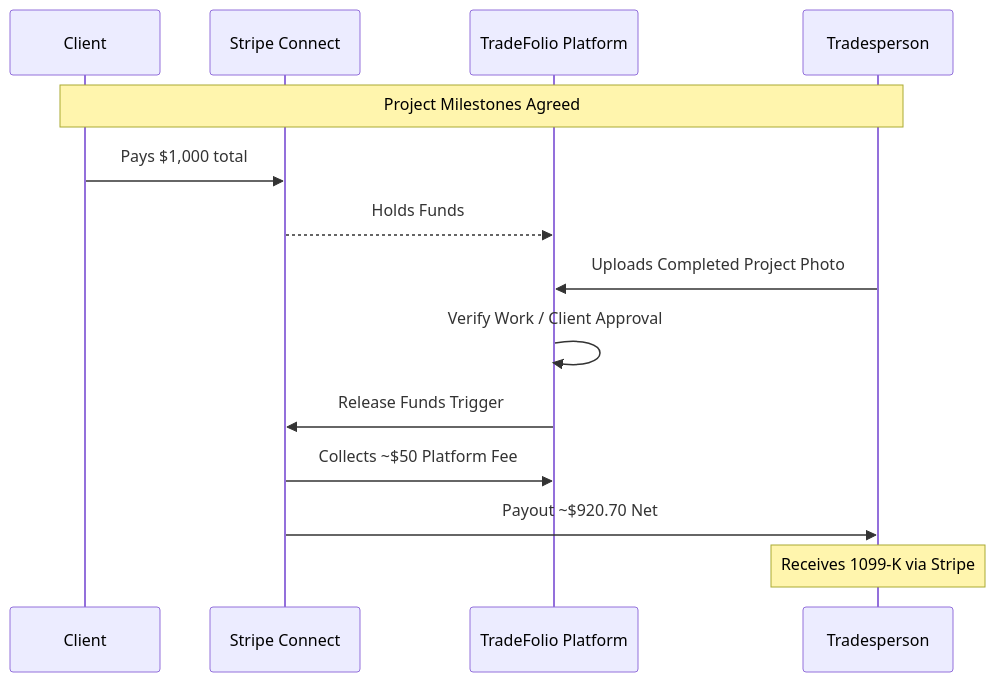
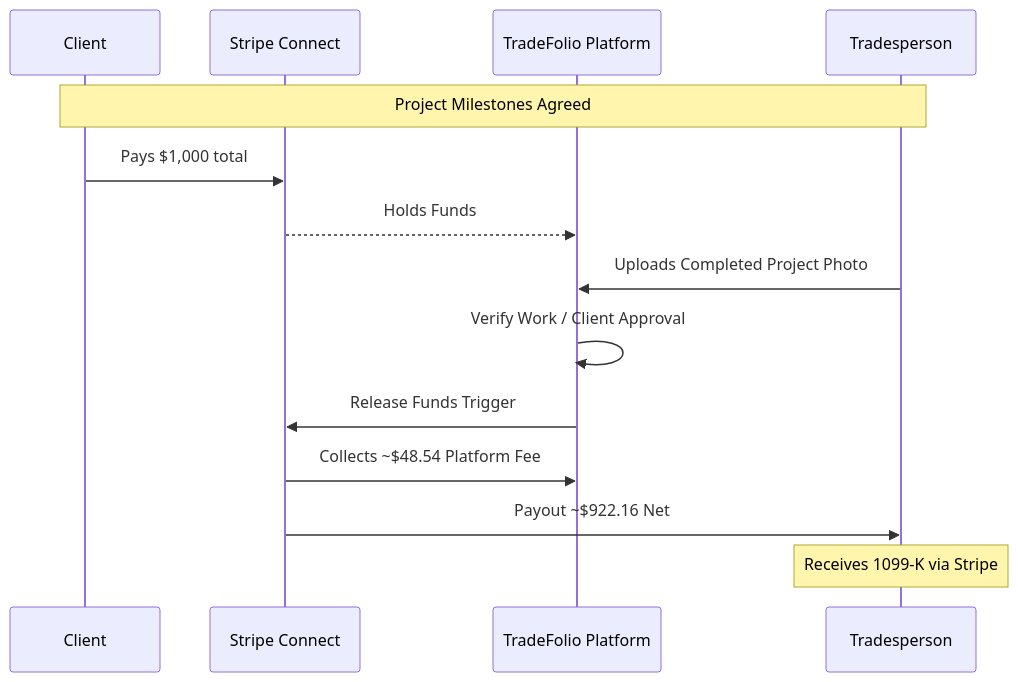
The second of 2 diagrams in docs/business/business-strategy.md (davidlwilson2021/TradeFolio-beta-app), drawn with Mermaid before and after one commit. The commit also changed 7 other files, not shown here.

````diff
--- a/docs/business/business-strategy.md
+++ b/docs/business/business-strategy.md
@@ -115,17 +115,17 @@
 ```mermaid
 sequenceDiagram
     participant C as Client
     participant S as Stripe Connect
     participant TF as TradeFolio Platform
     participant T as Tradesperson
 
     Note over C, T: Project Milestones Agreed
     C->>S: Pays $1,000 total
     S-->>TF: Holds Funds
     T->>TF: Uploads Completed Project Photo
     TF->>TF: Verify Work / Client Approval
     TF->>S: Release Funds Trigger
-    S->>TF: Collects ~$50 Platform Fee
-    S->>T: Payout ~$920.70 Net
+    S->>TF: Collects ~$48.54 Platform Fee
+    S->>T: Payout ~$922.16 Net
     Note over T: Receives 1099-K via Stripe
 ```
````
